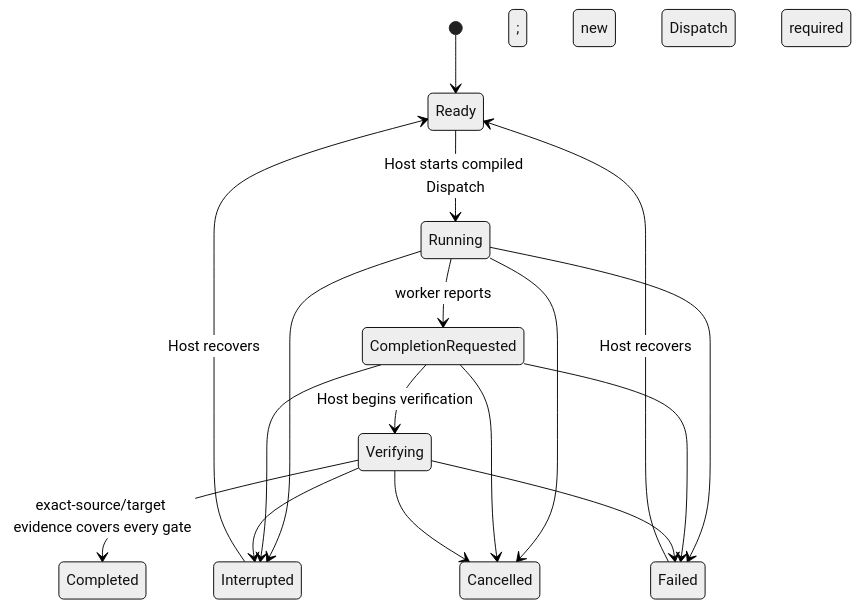
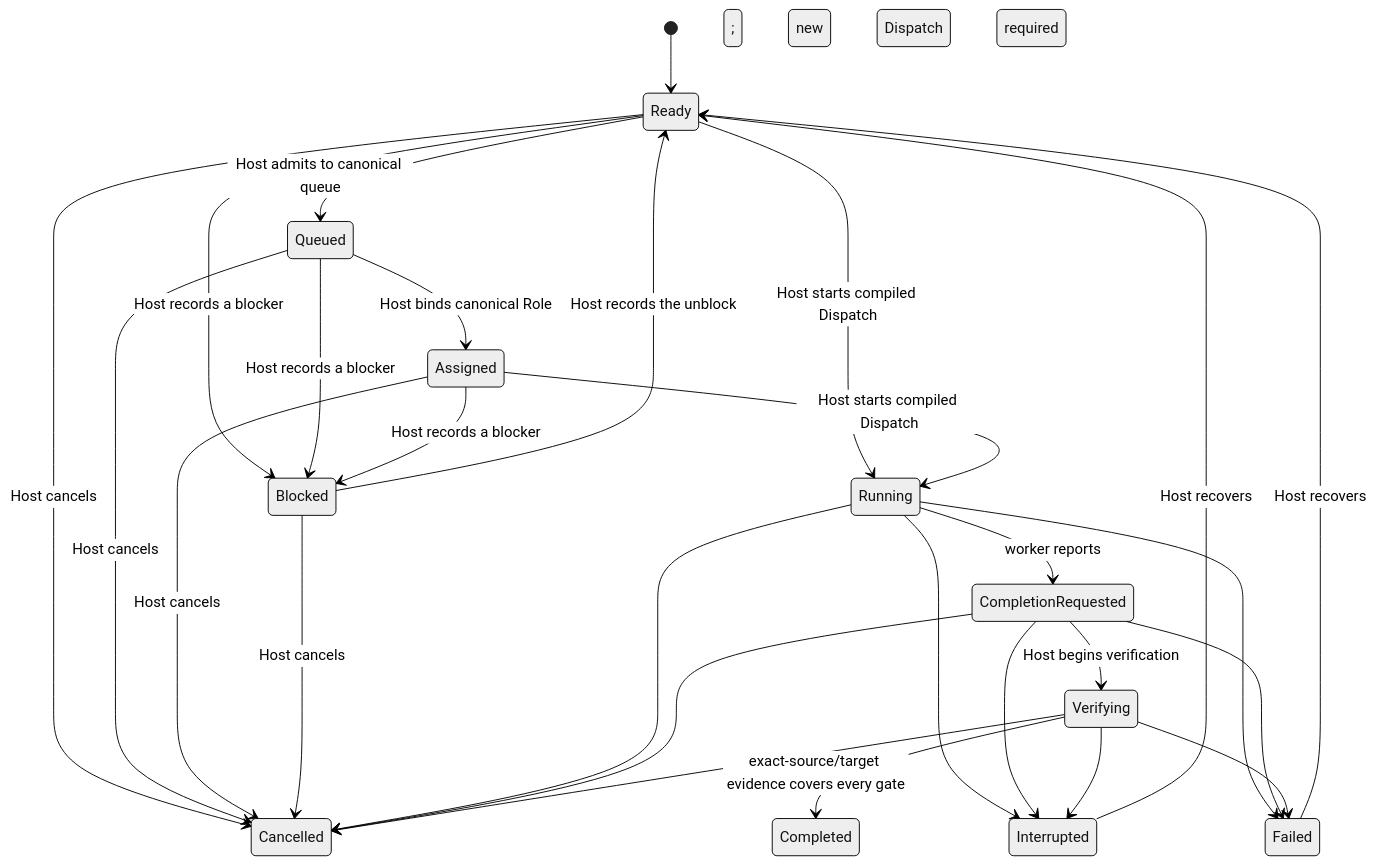
Before and after one commit to RepairYourTech/SymbioteIDE: the first of 2 diagrams in docs/contracts/domain.md, drawn with Mermaid (neutral theme). The commit also changed other lines of this file and 44 other files, not shown here.

````diff
--- a/docs/contracts/domain.md
+++ b/docs/contracts/domain.md
@@ -23,19 +23,30 @@
 ```mermaid
 stateDiagram-v2
     [*] --> Ready
+    Ready --> Queued: Host admits to canonical queue
+    Queued --> Assigned: Host binds canonical Role
+    Ready --> Blocked: Host records a blocker
+    Queued --> Blocked: Host records a blocker
+    Assigned --> Blocked: Host records a blocker
+    Blocked --> Ready: Host records the unblock
+    Ready --> Cancelled: Host cancels
+    Queued --> Cancelled: Host cancels
+    Assigned --> Cancelled: Host cancels
+    Blocked --> Cancelled: Host cancels
     Ready --> Running: Host starts compiled Dispatch
+    Assigned --> Running: Host starts compiled Dispatch
     Running --> CompletionRequested: worker reports
     CompletionRequested --> Verifying: Host begins verification
     Verifying --> Completed: exact-source/target evidence covers every gate
     Running --> Interrupted
     CompletionRequested --> Interrupted
     Verifying --> Interrupted
     Running --> Failed
     CompletionRequested --> Failed
     Verifying --> Failed
     Running --> Cancelled
     CompletionRequested --> Cancelled
     Verifying --> Cancelled
     Interrupted --> Ready: Host recovers; new Dispatch required
     Failed --> Ready: Host recovers; new Dispatch required
 ```
````
